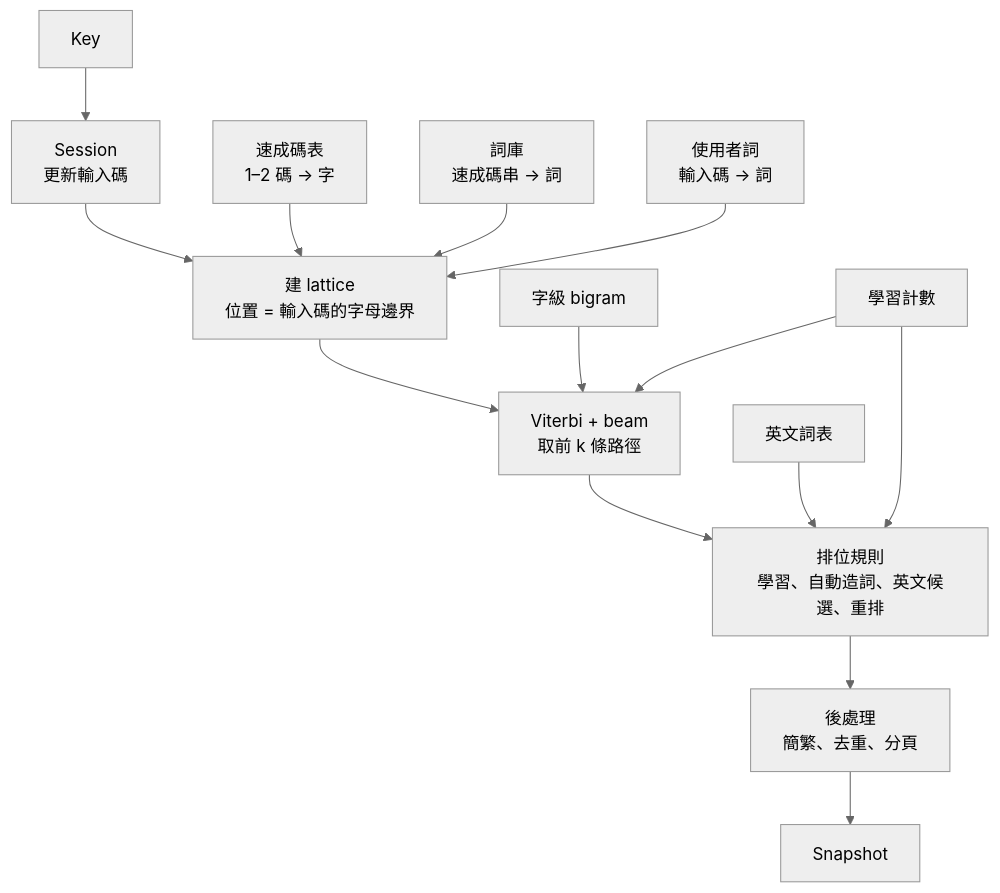
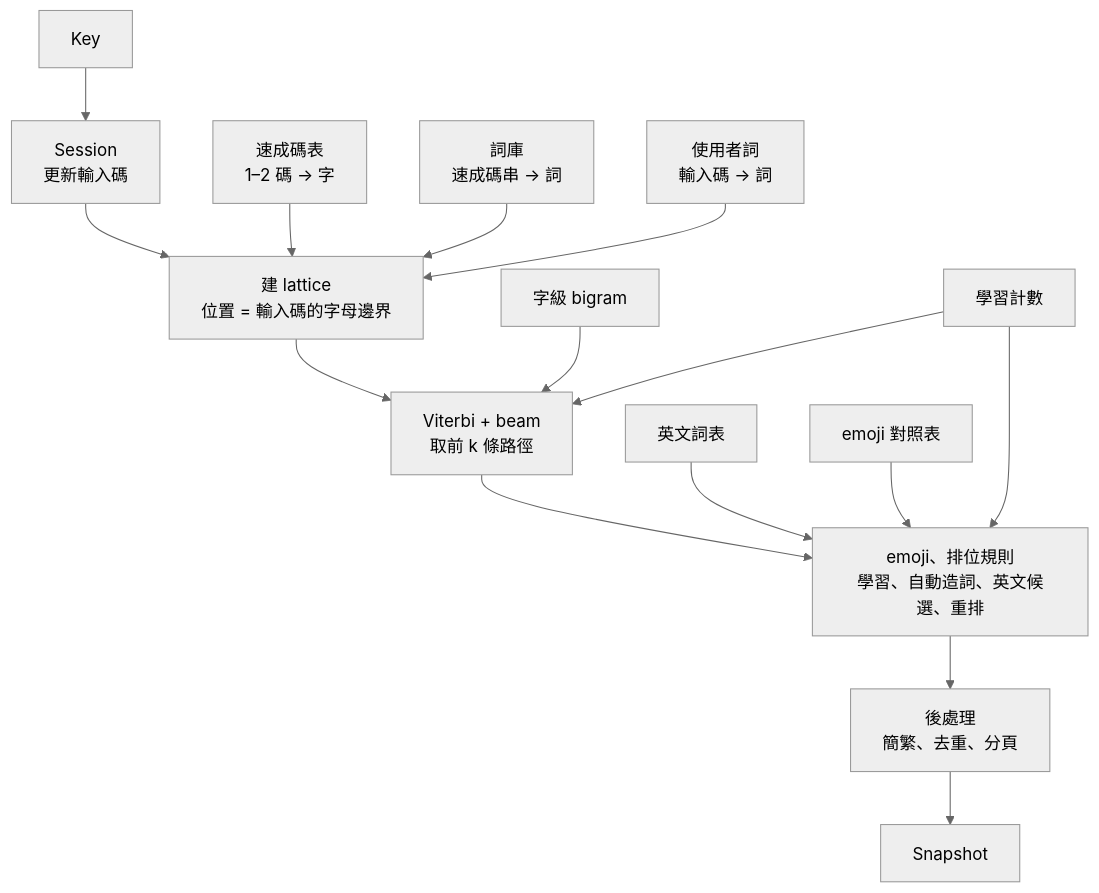
One commit to 1morr/QIM changed the second of 2 diagrams in docs/plan.md. Above: the diagram before and after it, drawn with Mermaid (neutral theme). The commit also changed other lines of this file and 39 other files, not shown here.

````diff
--- a/docs/plan.md
+++ b/docs/plan.md
@@ -200,16 +202,17 @@
 ```mermaid
 flowchart TB
   K["Key"] --> S["Session<br/>更新輸入碼"]
   S --> L["建 lattice<br/>位置 = 輸入碼的字母邊界"]
   CT["速成碼表<br/>1–2 碼 → 字"] --> L
   LX["詞庫<br/>速成碼串 → 詞"] --> L
   UW["使用者詞<br/>輸入碼 → 詞"] --> L
   L --> V["Viterbi + beam<br/>取前 k 條路徑"]
   LM["字級 bigram"] --> V
   UM["學習計數"] --> V
   UM --> R
-  V --> R["排位規則<br/>學習、自動造詞、英文候選、重排"]
+  V --> R["emoji、排位規則<br/>學習、自動造詞、英文候選、重排"]
   EN["英文詞表"] --> R
+  EM["emoji 對照表"] --> R
   R --> P["後處理<br/>簡繁、去重、分頁"]
   P --> SN["Snapshot"]
 ```
````
